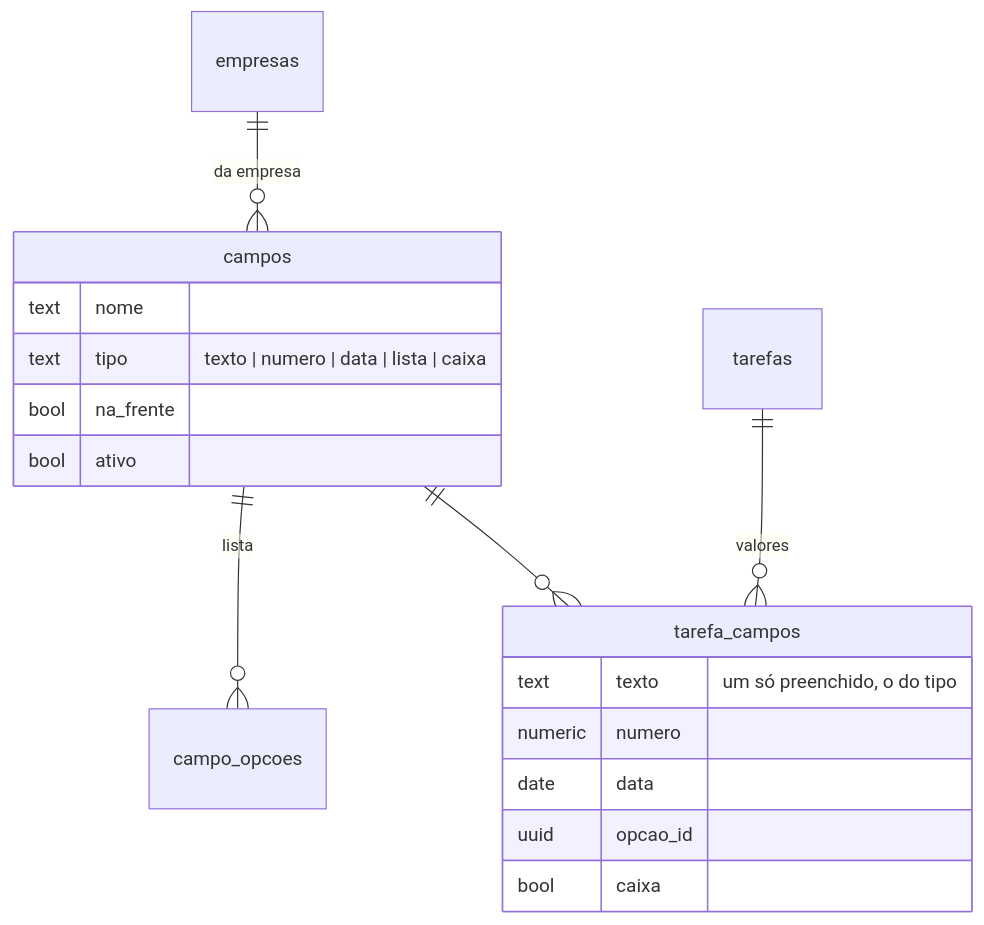
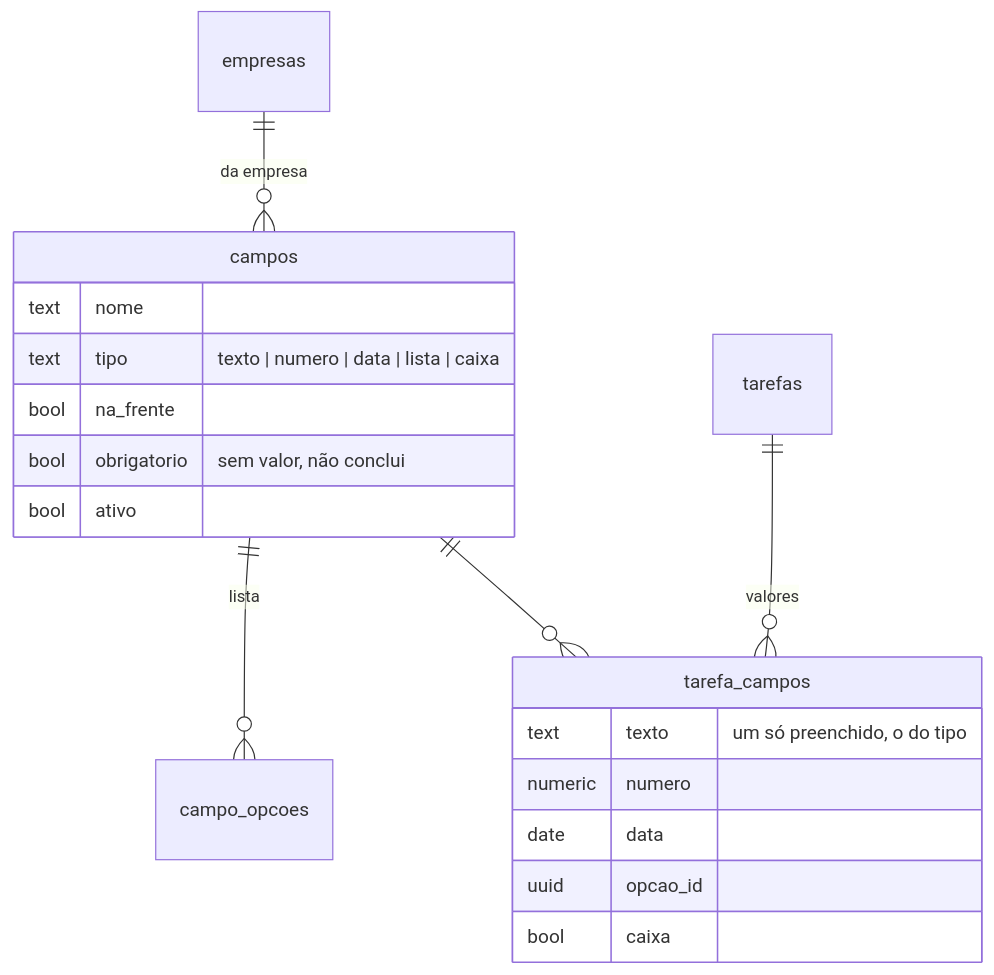
Before and after one commit to Mbekerman/bkm_terrenos-claude: the ninth of 13 diagrams in docs/modelo.md, drawn with Mermaid. The commit also changed other lines of this file and 9 other files, not shown here.

````diff
--- a/docs/modelo.md
+++ b/docs/modelo.md
@@ -845,20 +845,21 @@
 ```mermaid
 erDiagram
   empresas ||--o{ campos : "da empresa"
   campos ||--o{ campo_opcoes : "lista"
   tarefas ||--o{ tarefa_campos : "valores"
   campos ||--o{ tarefa_campos : ""
   campos {
     text nome
     text tipo "texto | numero | data | lista | caixa"
     bool na_frente
+    bool obrigatorio "sem valor, não conclui"
     bool ativo
   }
   tarefa_campos {
     text texto "um só preenchido, o do tipo"
     numeric numero
     date data
     uuid opcao_id
     bool caixa
   }
 ```
````
